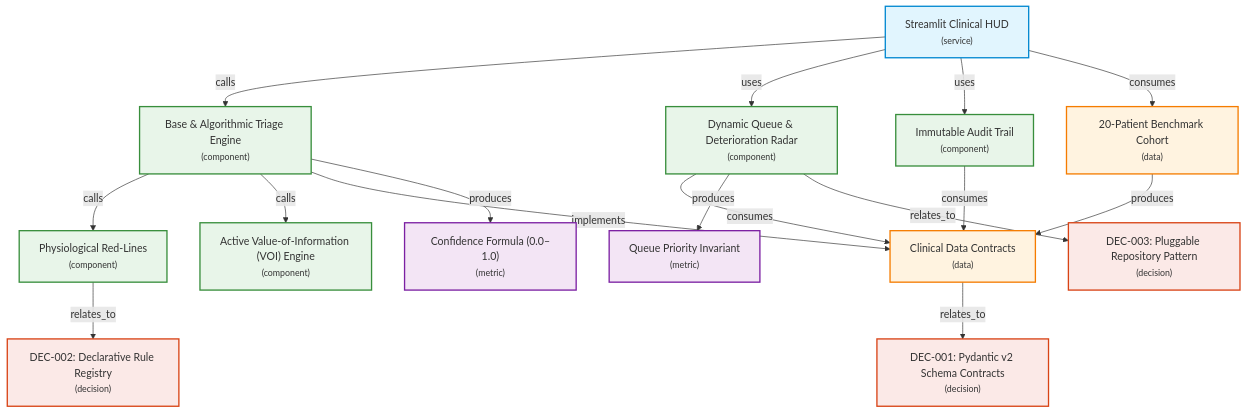
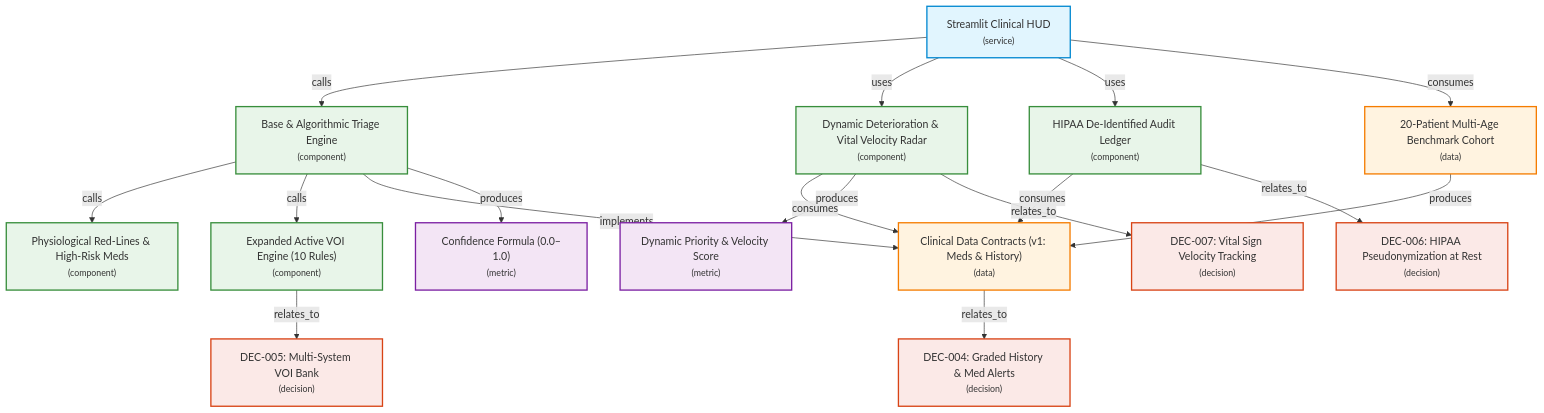
One commit to starkaritra/patient-triage changed the diagram in architecture.md. Above: the diagram before and after it, drawn with Mermaid. The commit also changed other lines of this file and 11 other files, not shown here.

Commit message:
feat(v1): graded history scoring, expanded 10-rule VOI bank, HIPAA Safe Harbor pseudonymization, and vital velocity tracking

````diff
--- a/architecture.md
+++ b/architecture.md
@@ -38,57 +38,60 @@
 ```mermaid
 flowchart TD
   classDef service fill:#e1f5fe,stroke:#0288d1,stroke-width:2px;
   classDef component fill:#e8f5e9,stroke:#388e3c,stroke-width:2px;
   classDef data fill:#fff3e0,stroke:#f57c00,stroke-width:2px;
   classDef metric fill:#f3e5f5,stroke:#7b1fa2,stroke-width:2px;
   classDef decision fill:#fbe9e7,stroke:#d84315,stroke-width:2px;
 
   app["Streamlit Clinical HUD<br/><small>(service)</small>"]
-  triage_models["Clinical Data Contracts<br/><small>(data)</small>"]
-  triage_rules["Physiological Red-Lines<br/><small>(component)</small>"]
+  triage_models["Clinical Data Contracts (v1: Meds & History)<br/><small>(data)</small>"]
+  triage_rules["Physiological Red-Lines & High-Risk Meds<br/><small>(component)</small>"]
   triage_engine["Base & Algorithmic Triage Engine<br/><small>(component)</small>"]
-  triage_voi["Active Value-of-Information (VOI) Engine<br/><small>(component)</small>"]
-  triage_queue["Dynamic Queue & Deterioration Radar<br/><small>(component)</small>"]
-  triage_audit["Immutable Audit Trail<br/><small>(component)</small>"]
-  triage_cohort["20-Patient Benchmark Cohort<br/><small>(data)</small>"]
+  triage_voi["Expanded Active VOI Engine (10 Rules)<br/><small>(component)</small>"]
+  triage_queue["Dynamic Deterioration & Vital Velocity Radar<br/><small>(component)</small>"]
+  triage_audit["HIPAA De-Identified Audit Ledger<br/><small>(component)</small>"]
+  triage_cohort["20-Patient Multi-Age Benchmark Cohort<br/><small>(data)</small>"]
 
-  dec_001["DEC-001: Pydantic v2 Schema Contracts<br/><small>(decision)</small>"]
-  dec_002["DEC-002: Declarative Rule Registry<br/><small>(decision)</small>"]
-  dec_003["DEC-003: Pluggable Repository Pattern<br/><small>(decision)</small>"]
+  dec_004["DEC-004: Graded History & Med Alerts<br/><small>(decision)</small>"]
+  dec_005["DEC-005: Multi-System VOI Bank<br/><small>(decision)</small>"]
+  dec_006["DEC-006: HIPAA Pseudonymization at Rest<br/><small>(decision)</small>"]
+  dec_007["DEC-007: Vital Sign Velocity Tracking<br/><small>(decision)</small>"]
 
   metric_confidence["Confidence Formula (0.0–1.0)<br/><small>(metric)</small>"]
-  metric_priority_score["Queue Priority Invariant<br/><small>(metric)</small>"]
+  metric_priority_score["Dynamic Priority & Velocity Score<br/><small>(metric)</small>"]
 
   app -->|calls| triage_engine
   app -->|uses| triage_queue
   app -->|uses| triage_audit
   app -->|consumes| triage_cohort
 
   triage_engine -->|calls| triage_rules
   triage_engine -->|calls| triage_voi
   triage_engine -->|implements| triage_models
   triage_queue -->|consumes| triage_models
   triage_audit -->|consumes| triage_models
   triage_cohort -->|produces| triage_models
 
   triage_engine -->|produces| metric_confidence
   triage_queue -->|produces| metric_priority_score
 
-  triage_models -->|relates_to| dec_001
-  triage_rules -->|relates_to| dec_002
-  triage_queue -->|relates_to| dec_003
+  triage_models -->|relates_to| dec_004
+  triage_voi -->|relates_to| dec_005
+  triage_audit -->|relates_to| dec_006
+  triage_queue -->|relates_to| dec_007
 
   class app service;
   class triage_models data;
   class triage_rules component;
   class triage_engine component;
   class triage_voi component;
   class triage_queue component;
   class triage_audit component;
   class triage_cohort data;
-  class dec_001 decision;
-  class dec_002 decision;
-  class dec_003 decision;
+  class dec_004 decision;
+  class dec_005 decision;
+  class dec_006 decision;
+  class dec_007 decision;
   class metric_confidence metric;
   class metric_priority_score metric;
 ```
````
